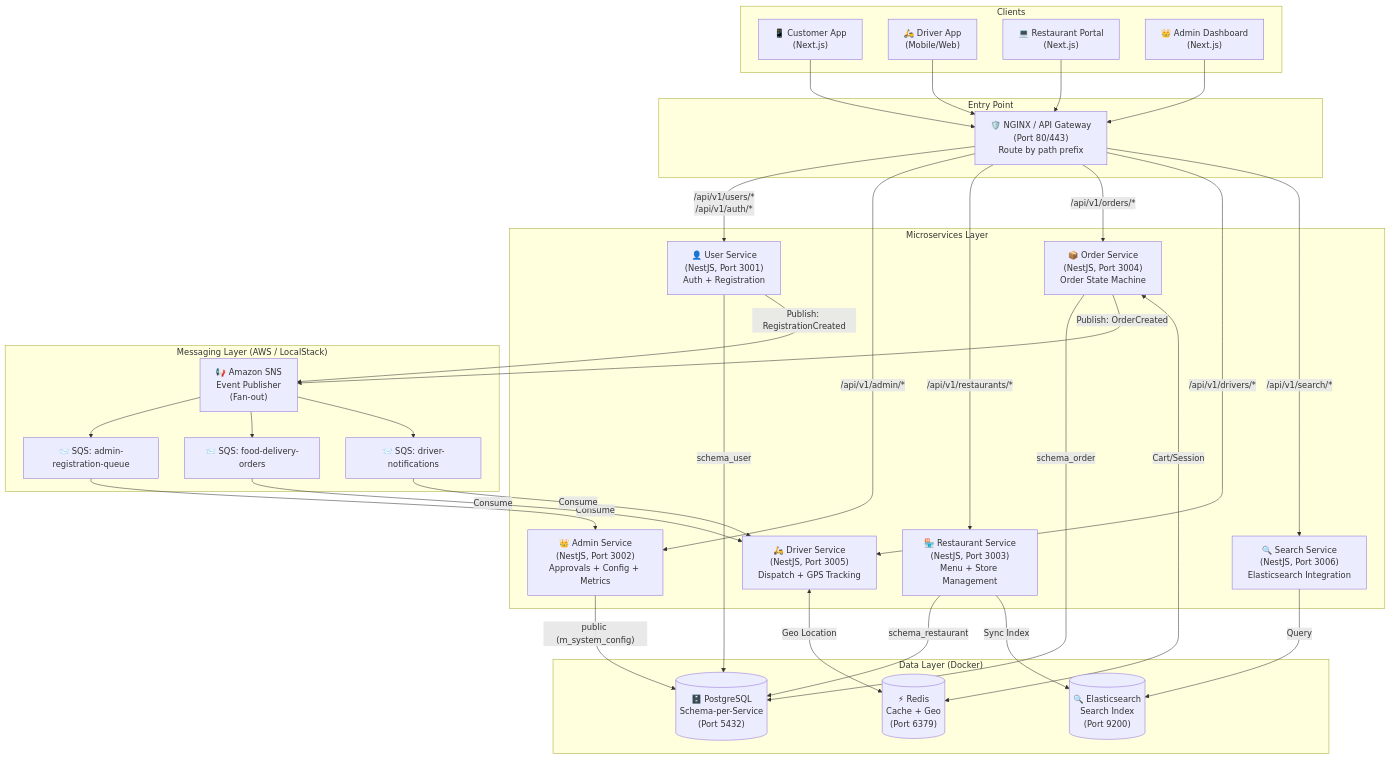
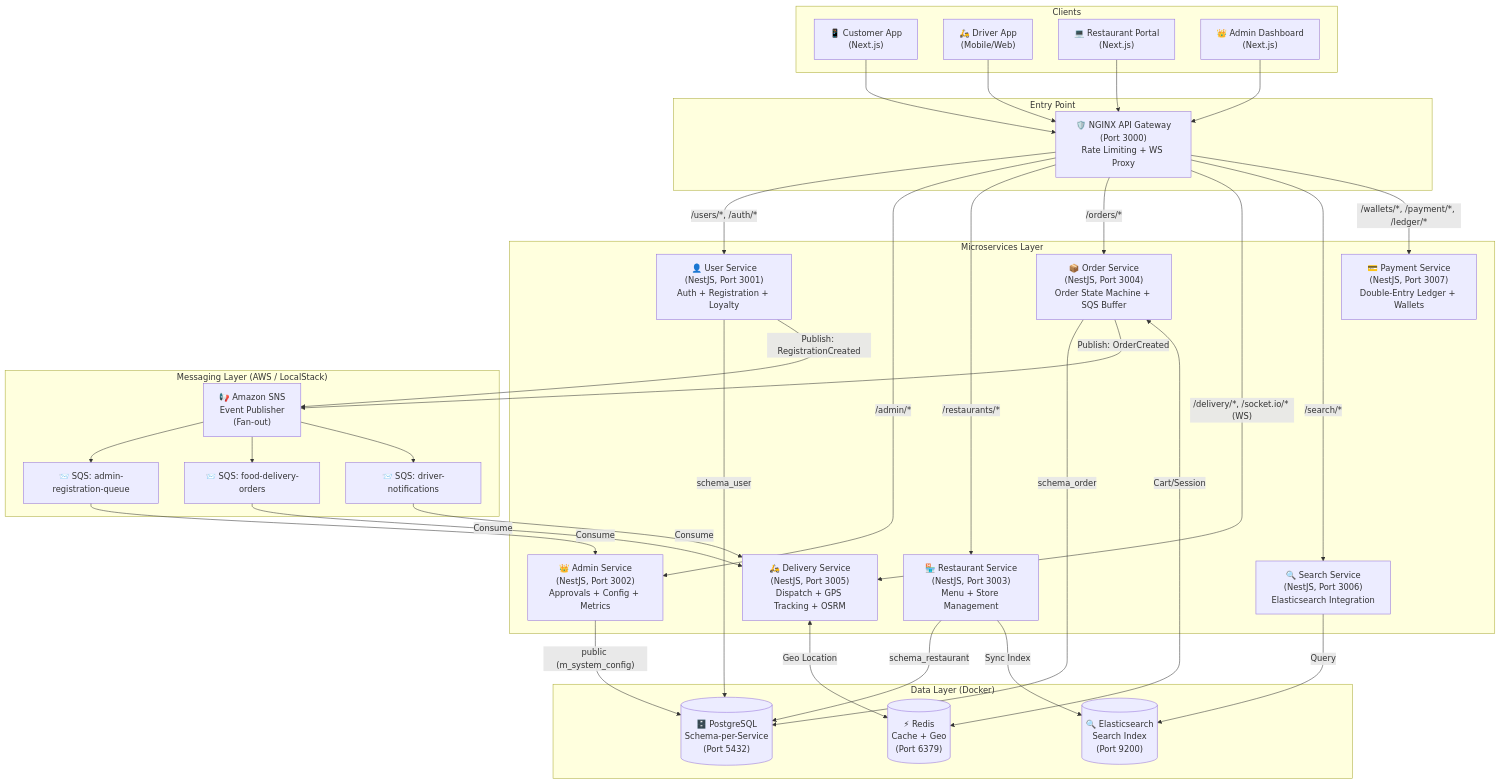
Before and after one commit to DuyBinh2003/FoodDelivery: the diagram in docs/architecture/system-architecture.md, drawn with Mermaid. The commit also changed other lines of this file and 4 other files, not shown here.

Commit message:
feat(gateway): route delivery service, enable websocket proxy and configure rate limiting (#72)

````diff
--- a/docs/architecture/system-architecture.md
+++ b/docs/architecture/system-architecture.md
@@ -11,72 +11,74 @@
 ```mermaid
 graph TD
     subgraph "Clients"
         CA["📱 Customer App\n(Next.js)"]
         DA["🛵 Driver App\n(Mobile/Web)"]
         RP["💻 Restaurant Portal\n(Next.js)"]
         AD["👑 Admin Dashboard\n(Next.js)"]
     end
 
     subgraph "Entry Point"
-        GW["🛡️ NGINX / API Gateway\n(Port 80/443)\nRoute by path prefix"]
+        GW["🛡️ NGINX API Gateway\n(Port 3000)\nRate Limiting + WS Proxy"]
     end
 
     subgraph "Microservices Layer"
-        US["👤 User Service\n(NestJS, Port 3001)\nAuth + Registration"]
+        US["👤 User Service\n(NestJS, Port 3001)\nAuth + Registration + Loyalty"]
         AS["👑 Admin Service\n(NestJS, Port 3002)\nApprovals + Config + Metrics"]
         RS["🏪 Restaurant Service\n(NestJS, Port 3003)\nMenu + Store Management"]
-        OS["📦 Order Service\n(NestJS, Port 3004)\nOrder State Machine"]
-        DS["🛵 Driver Service\n(NestJS, Port 3005)\nDispatch + GPS Tracking"]
+        OS["📦 Order Service\n(NestJS, Port 3004)\nOrder State Machine + SQS Buffer"]
+        DS["🛵 Delivery Service\n(NestJS, Port 3005)\nDispatch + GPS Tracking + OSRM"]
         SS["🔍 Search Service\n(NestJS, Port 3006)\nElasticsearch Integration"]
+        PS["💳 Payment Service\n(NestJS, Port 3007)\nDouble-Entry Ledger + Wallets"]
     end
 
     subgraph "Messaging Layer (AWS / LocalStack)"
         SNS["📢 Amazon SNS\nEvent Publisher\n(Fan-out)"]
         SQS_A["📨 SQS: admin-registration-queue"]
         SQS_O["📨 SQS: food-delivery-orders"]
         SQS_D["📨 SQS: driver-notifications"]
     end
 
     subgraph "Data Layer (Docker)"
         DB[("🗄️ PostgreSQL\nSchema-per-Service\n(Port 5432)")]
         Redis[("⚡ Redis\nCache + Geo\n(Port 6379)")]
         ES[("🔍 Elasticsearch\nSearch Index\n(Port 9200)")]
     end
 
     %% Client -> Gateway
     CA & DA & RP & AD --> GW
 
     %% Gateway -> Services
-    GW -->|"/api/v1/users/*\n/api/v1/auth/*"| US
-    GW -->|"/api/v1/admin/*"| AS
-    GW -->|"/api/v1/restaurants/*"| RS
-    GW -->|"/api/v1/orders/*"| OS
-    GW -->|"/api/v1/drivers/*"| DS
-    GW -->|"/api/v1/search/*"| SS
+    GW -->|"/users/*, /auth/*"| US
+    GW -->|"/admin/*"| AS
+    GW -->|"/restaurants/*"| RS
+    GW -->|"/orders/*"| OS
+    GW -->|"/delivery/*, /socket.io/* (WS)"| DS
+    GW -->|"/search/*"| SS
+    GW -->|"/wallets/*, /payment/*, /ledger/*"| PS
 
     %% Services -> DB (Schema Isolated)
     US -->|"schema_user"| DB
     AS -->|"public (m_system_config)"| DB
     RS -->|"schema_restaurant"| DB
     OS -->|"schema_order"| DB
 
     %% Event Publishing
     US -->|"Publish: RegistrationCreated"| SNS
     OS -->|"Publish: OrderCreated"| SNS
 
     %% SNS -> SQS Fan-out
     SNS --> SQS_A
     SNS --> SQS_O
     SNS --> SQS_D
 
     %% SQS -> Consumers
     SQS_A -->|"Consume"| AS
     SQS_O -->|"Consume"| DS
     SQS_D -->|"Consume"| DS
 
     %% Cache & Search
     DS <-->|"Geo Location"| Redis
     OS <-->|"Cart/Session"| Redis
     RS -->|"Sync Index"| ES
     SS -->|"Query"| ES
 ```
````
